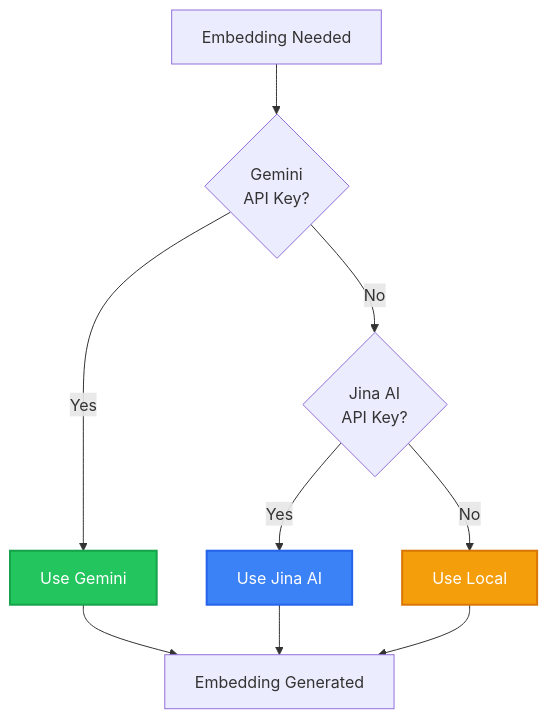
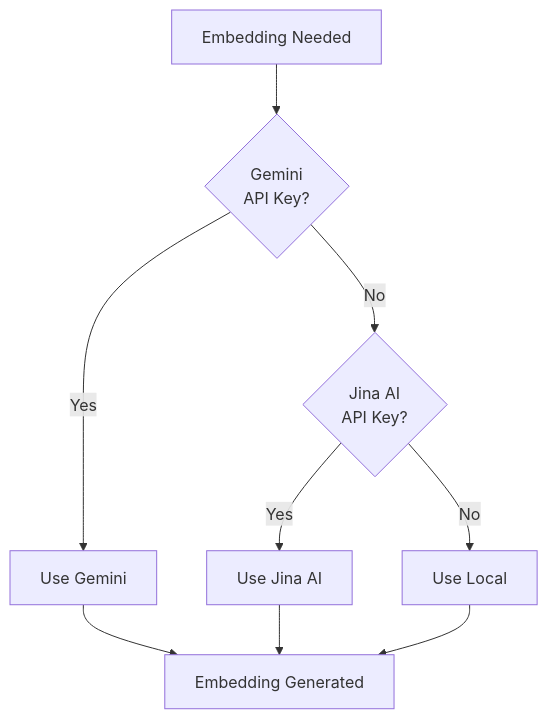
The second of 2 diagrams in documentation/docs/features/knowledge-base.md (jobel-ai/jobel-ai.github.io), drawn with Mermaid before and after one commit. The commit also changed other lines of this file and 5 other files, not shown here.

````diff
--- a/documentation/docs/features/knowledge-base.md
+++ b/documentation/docs/features/knowledge-base.md
@@ -133,16 +127,12 @@
 ```mermaid
 flowchart TD
     Start[Embedding Needed] --> Gemini{Gemini<br/>API Key?}
     Gemini -->|Yes| UseGemini[Use Gemini]
     Gemini -->|No| Jina{Jina AI<br/>API Key?}
     Jina -->|Yes| UseJina[Use Jina AI]
     Jina -->|No| UseLocal[Use Local]
     
     UseGemini --> Done[Embedding Generated]
     UseJina --> Done
     UseLocal --> Done
-    
-    style UseGemini fill:#22c55e,stroke:#16a34a,stroke-width:2px,color:#fff
-    style UseJina fill:#3b82f6,stroke:#2563eb,stroke-width:2px,color:#fff
-    style UseLocal fill:#f59e0b,stroke:#d97706,stroke-width:2px,color:#fff
 ```
````
